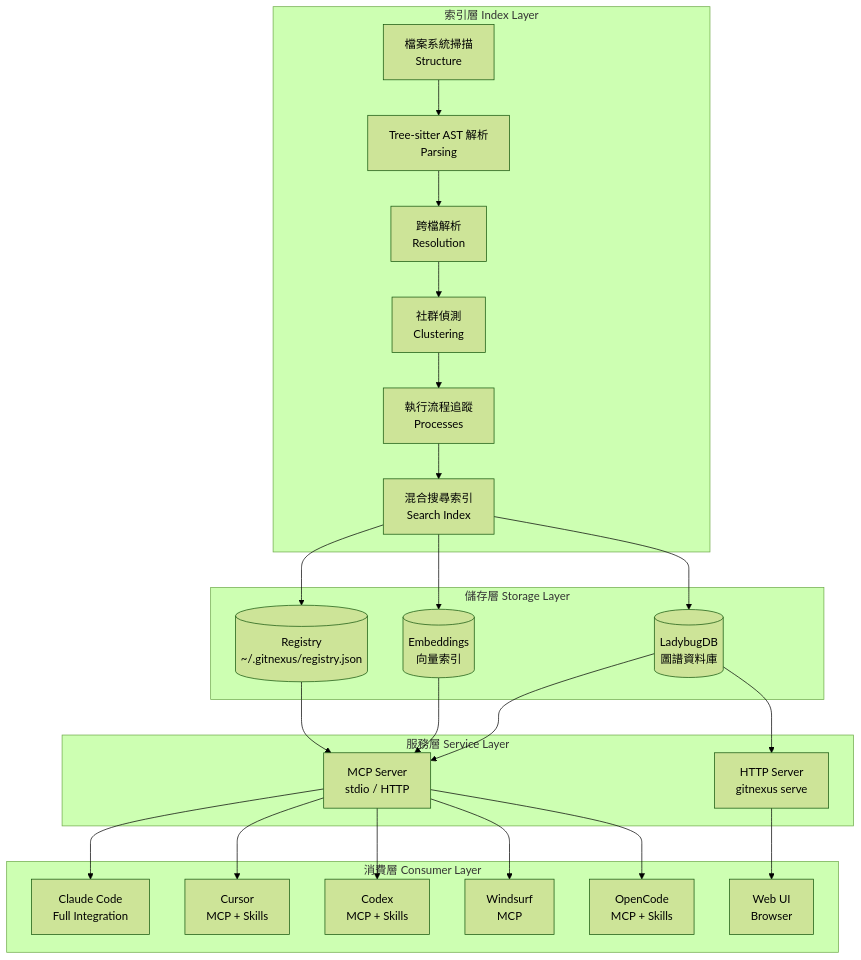
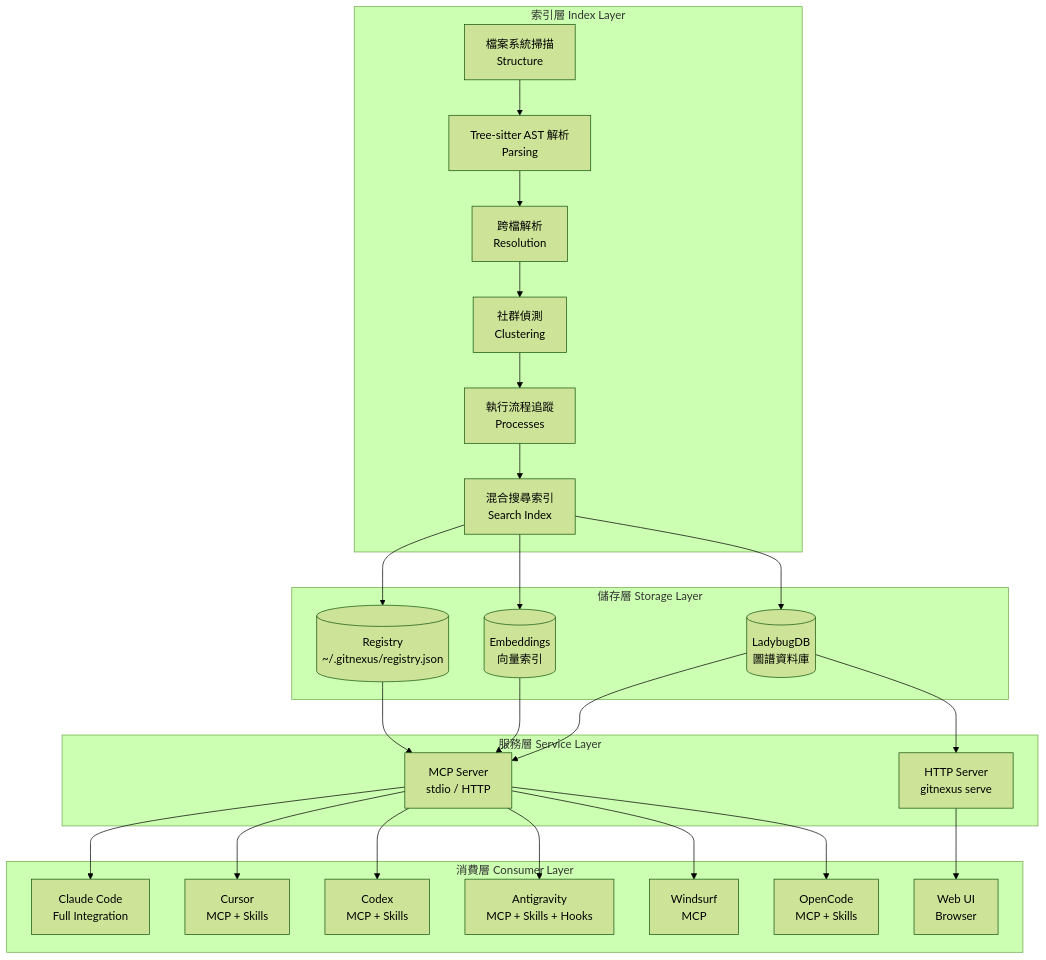
One commit to chihhung/Blog changed the second of 6 diagrams in content/posts/教學/AI開發/GitNexus教學手冊.md. Above: the diagram before and after it, drawn with Mermaid (forest theme). The commit also changed other lines of this file and 12 other files, not shown here.

````diff
--- a/content/posts/教學/AI開發/GitNexus教學手冊.md
+++ b/content/posts/教學/AI開發/GitNexus教學手冊.md
@@ -233,44 +236,46 @@
 ```mermaid
 graph TB
     subgraph 索引層 Index Layer
         FS[檔案系統掃描<br/>Structure] --> TP[Tree-sitter AST 解析<br/>Parsing]
         TP --> RES[跨檔解析<br/>Resolution]
         RES --> CL[社群偵測<br/>Clustering]
         CL --> PR[執行流程追蹤<br/>Processes]
         PR --> SI[混合搜尋索引<br/>Search Index]
     end
 
     subgraph 儲存層 Storage Layer
         LDB[(LadybugDB<br/>圖譜資料庫)]
         EMB[(Embeddings<br/>向量索引)]
         REG[(Registry<br/>~/.gitnexus/registry.json)]
     end
 
     subgraph 服務層 Service Layer
         MCP[MCP Server<br/>stdio / HTTP]
         HTTP[HTTP Server<br/>gitnexus serve]
     end
 
     subgraph 消費層 Consumer Layer
         CC[Claude Code<br/>Full Integration]
         CUR[Cursor<br/>MCP + Skills]
         CDX[Codex<br/>MCP + Skills]
+        AG[Antigravity<br/>MCP + Skills + Hooks]
         WS[Windsurf<br/>MCP]
         OC[OpenCode<br/>MCP + Skills]
         WEB[Web UI<br/>Browser]
     end
 
     SI --> LDB
     SI --> EMB
     SI --> REG
     LDB --> MCP
     EMB --> MCP
     REG --> MCP
     MCP --> CC
     MCP --> CUR
     MCP --> CDX
+    MCP --> AG
     MCP --> WS
     MCP --> OC
     HTTP --> WEB
     LDB --> HTTP
 ```
````
